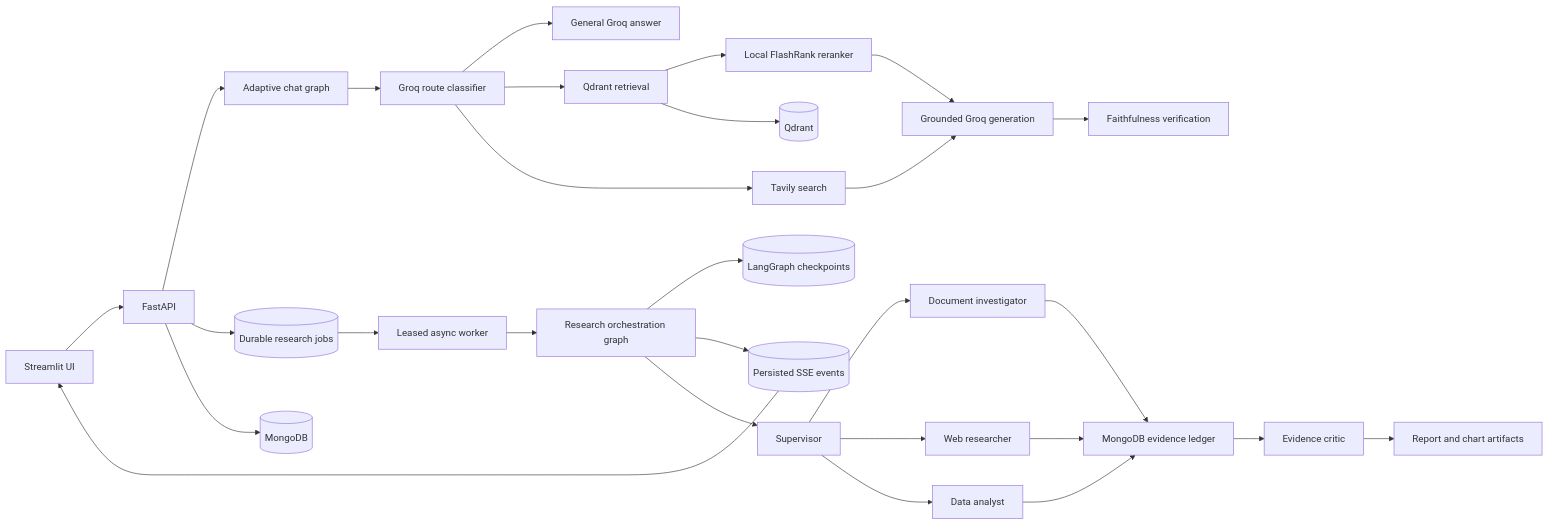
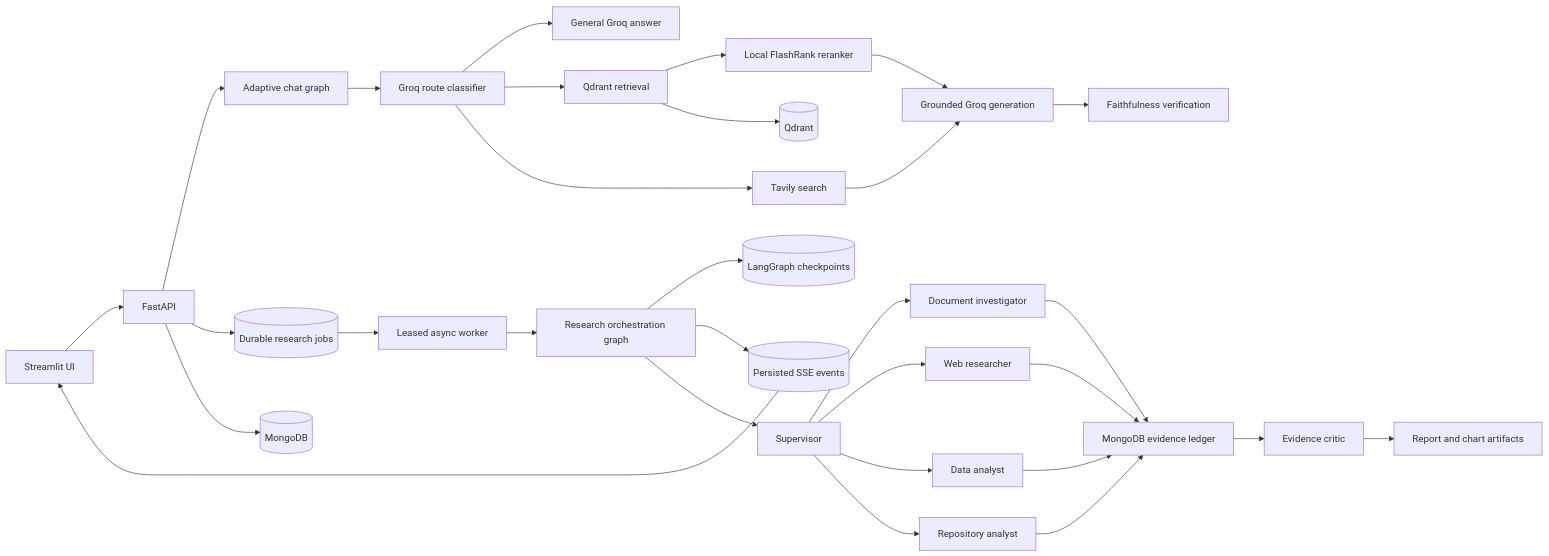
Before and after one commit to DeveshJha-00/multi-agent-research-workspace: the diagram in README.md, drawn with Mermaid. The commit also changed other lines of this file and 21 other files, not shown here.

````diff
--- a/README.md
+++ b/README.md
@@ -81,33 +110,35 @@
 ```mermaid
 flowchart LR
     UI[Streamlit UI] --> API[FastAPI]
 
     API --> CHAT[Adaptive chat graph]
     CHAT --> CLASSIFY[Groq route classifier]
     CLASSIFY --> GENERAL[General Groq answer]
     CLASSIFY --> RAG[Qdrant retrieval]
     CLASSIFY --> WEB[Tavily search]
     RAG --> RERANK[Local FlashRank reranker]
     RERANK --> GENERATE[Grounded Groq generation]
     WEB --> GENERATE
     GENERATE --> VERIFY[Faithfulness verification]
 
     API --> JOBS[(Durable research jobs)]
     JOBS --> WORKER[Leased async worker]
     WORKER --> RESEARCH[Research orchestration graph]
     RESEARCH --> CHECKPOINTS[(LangGraph checkpoints)]
     RESEARCH --> EVENTS[(Persisted SSE events)]
     EVENTS --> UI
     RESEARCH --> SUPERVISOR[Supervisor]
     SUPERVISOR --> DOC[Document investigator]
     SUPERVISOR --> WEBAGENT[Web researcher]
     SUPERVISOR --> DATA[Data analyst]
+    SUPERVISOR --> REPO[Repository analyst]
     DOC --> LEDGER[MongoDB evidence ledger]
     WEBAGENT --> LEDGER
     DATA --> LEDGER
+    REPO --> LEDGER
     LEDGER --> CRITIC[Evidence critic]
     CRITIC --> REPORT[Report and chart artifacts]
 
     RAG --> QDRANT[(Qdrant)]
     API --> MONGO[(MongoDB)]
 ```
````
